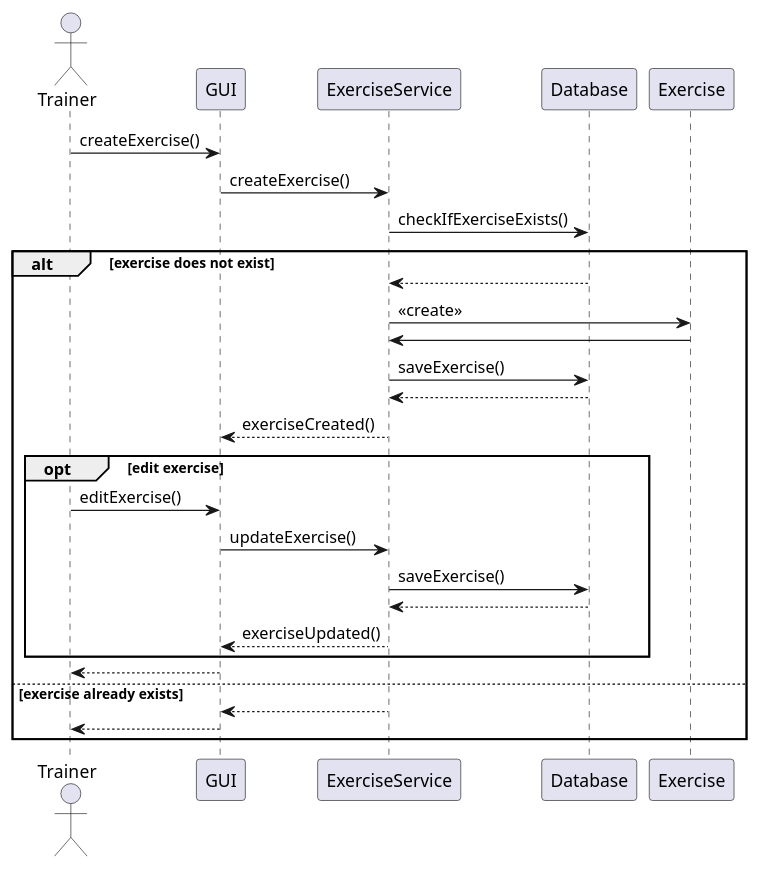
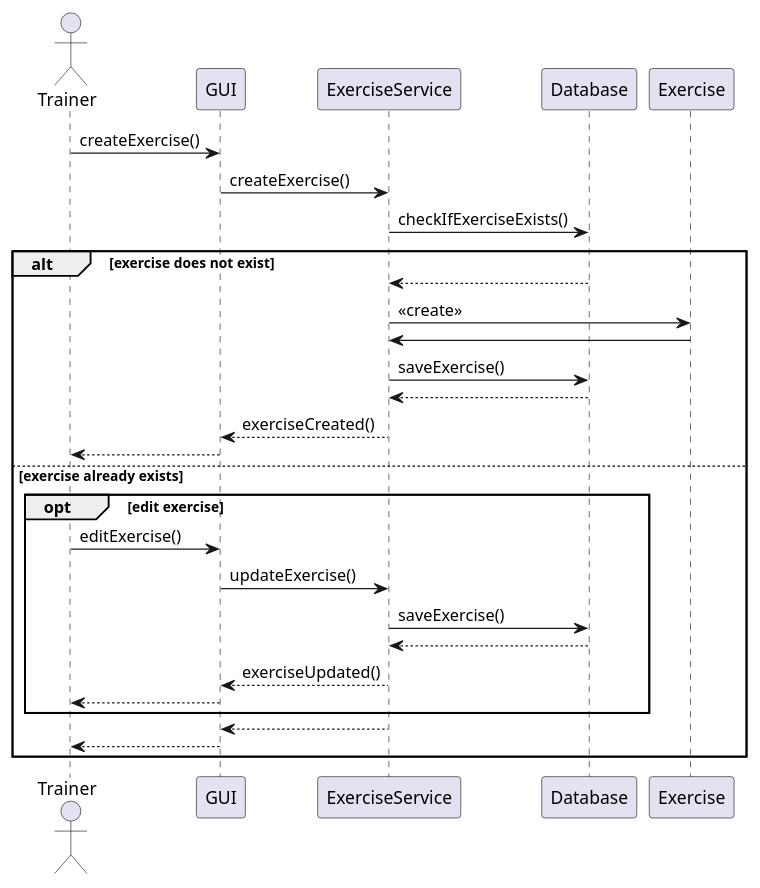
Before and after one commit to filip-stepien/software-engineering-lab: the diagram in src/pattern_diagrams/damian/diagram_sekwencji/create_exercise.puml, drawn with PlantUML. The commit also changed other lines of this file and 3 other files, not shown here.

```diff
--- a/src/pattern_diagrams/damian/diagram_sekwencji/create_exercise.puml
+++ b/src/pattern_diagrams/damian/diagram_sekwencji/create_exercise.puml
@@ -2,33 +3,33 @@
 @startuml create_exercise
 actor Trainer
 participant GUI
 participant ExerciseService
 participant DB as "Database"
 participant Exercise
 
 Trainer -> GUI : createExercise()
 GUI -> ExerciseService : createExercise()
 
 ExerciseService -> DB : checkIfExerciseExists()
 alt exercise does not exist
     DB --> ExerciseService
     ExerciseService -> Exercise : <<create>>
     Exercise -> ExerciseService
     ExerciseService -> DB : saveExercise()
     DB --> ExerciseService
     ExerciseService --> GUI : exerciseCreated()
-    
+    GUI --> Trainer
+else exercise already exists
+
     opt edit exercise
         Trainer -> GUI : editExercise()
         GUI -> ExerciseService : updateExercise()
         ExerciseService -> DB : saveExercise()
         DB --> ExerciseService
         ExerciseService --> GUI : exerciseUpdated()
-    end 
-    GUI --> Trainer
-else exercise already exists
-
+        GUI --> Trainer
+    end
     ExerciseService --> GUI 
     GUI --> Trainer
 end
 @enduml
```
